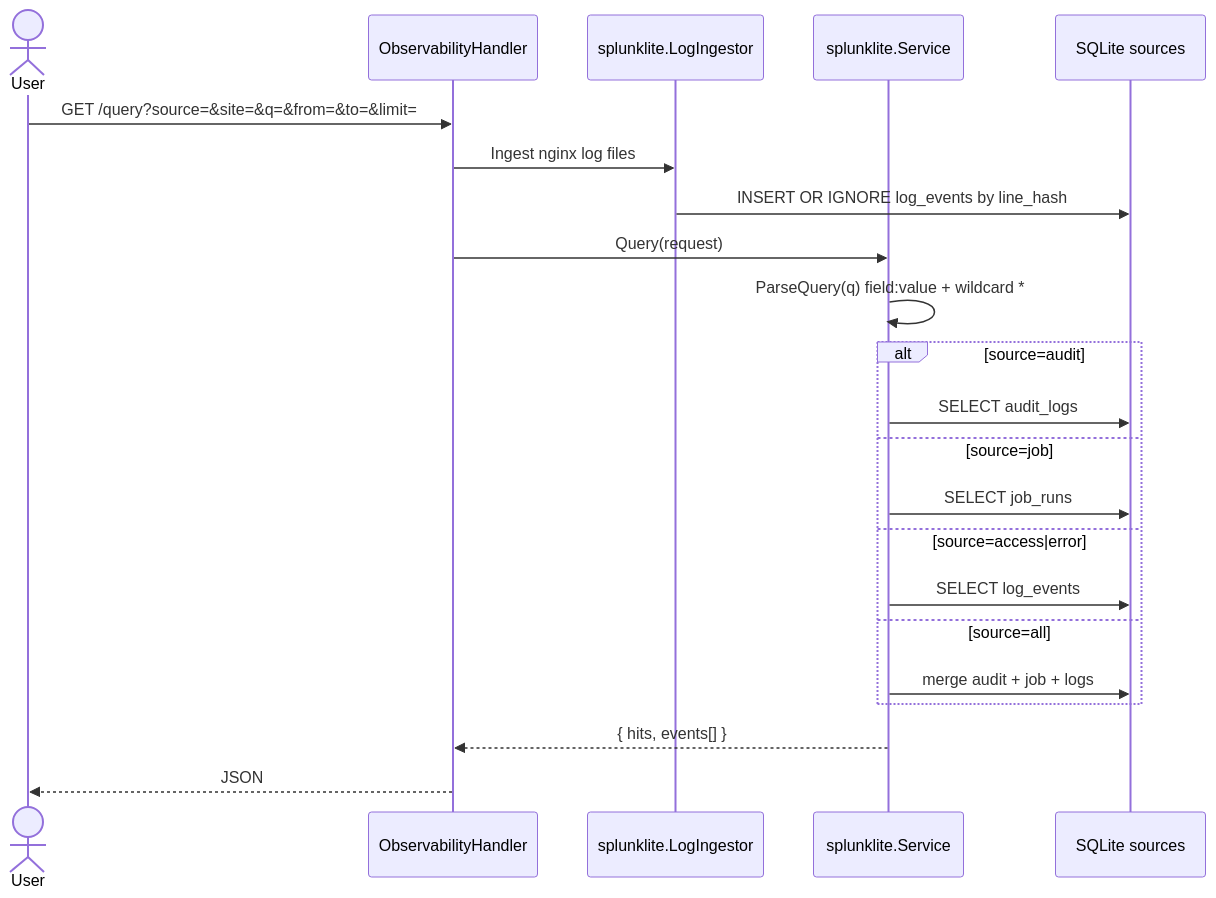
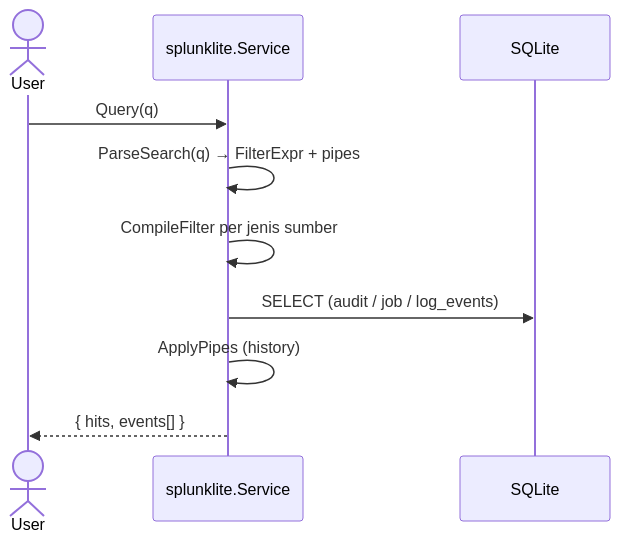
Before and after one commit to jahrulnr/GoSite: the second of 2 diagrams in docs/sequences/17-splunk-lite_id.md, drawn with Mermaid. The commit also changed other lines of this file and 30 other files, not shown here.

First line of the commit message:
feat: enhance log search capabilities and update API documentation

````diff
--- a/docs/sequences/17-splunk-lite_id.md
+++ b/docs/sequences/17-splunk-lite_id.md
@@ -57,25 +41,13 @@
 ```mermaid
 sequenceDiagram
     actor User
-    participant H as ObservabilityHandler
-    participant I as splunklite.LogIngestor
     participant S as splunklite.Service
-    participant DB as SQLite sources
+    participant DB as SQLite
 
-    User->>H: GET /query?source=&site=&q=&from=&to=&limit=
-    H->>I: Ingest nginx log files
-    I->>DB: INSERT OR IGNORE log_events by line_hash
-    H->>S: Query(request)
-    S->>S: ParseQuery(q) field:value + wildcard *
-    alt source=audit
-        S->>DB: SELECT audit_logs
-    else source=job
-        S->>DB: SELECT job_runs
-    else source=access|error
-        S->>DB: SELECT log_events
-    else source=all
-        S->>DB: merge audit + job + logs
-    end
-    S-->>H: { hits, events[] }
-    H-->>User: JSON
+    User->>S: Query(q)
+    S->>S: ParseSearch(q) → FilterExpr + pipes
+    S->>S: CompileFilter per jenis sumber
+    S->>DB: SELECT (audit / job / log_events)
+    S->>S: ApplyPipes (history)
+    S-->>User: { hits, events[] }
 ```
````
